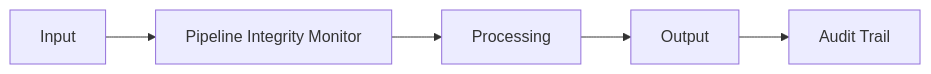
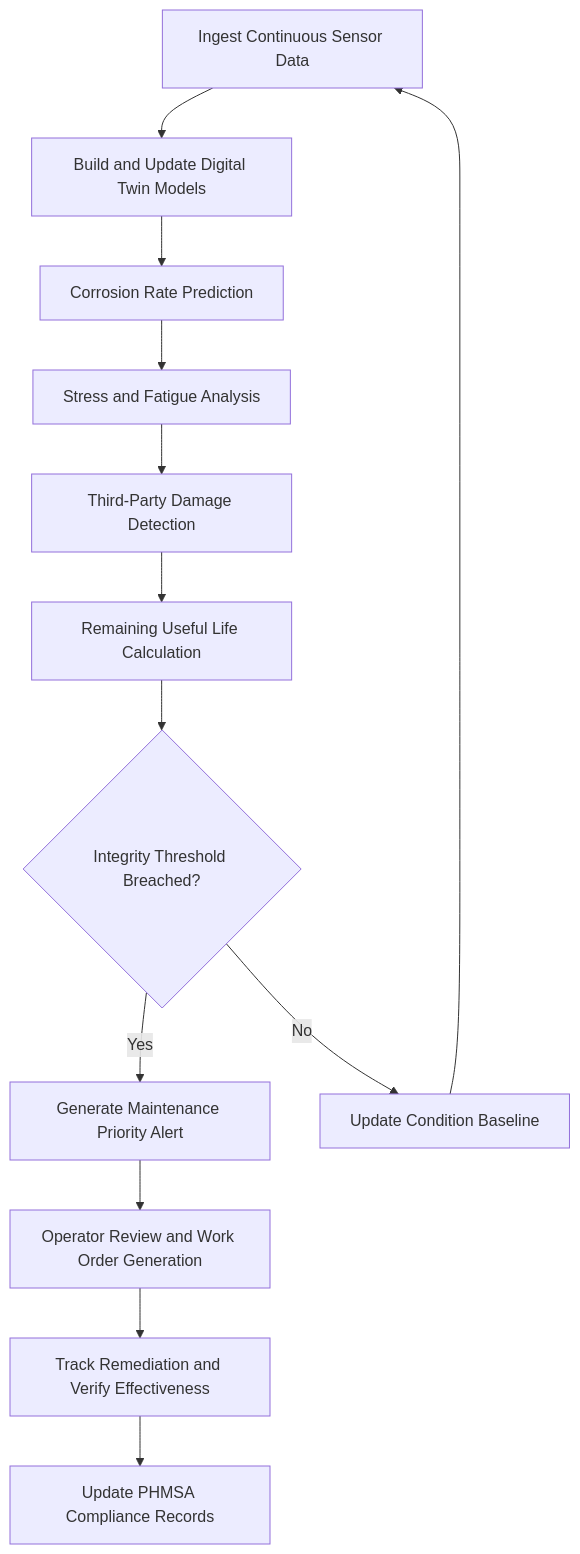
Before and after one commit to andrew-leo-2024/marketplace-docs: the diagram in docs/audiences/03-critical-infrastructure/pipeline-integrity-monitor.mdx, drawn with Mermaid. The commit also changed other lines of this file and 401 other files, not shown here.

````diff
--- a/docs/audiences/03-critical-infrastructure/pipeline-integrity-monitor.mdx
+++ b/docs/audiences/03-critical-infrastructure/pipeline-integrity-monitor.mdx
@@ -29,7 +35,15 @@
 ```mermaid
-graph LR
-    A[Input] --> B[Pipeline Integrity Monitor]
-    B --> C[Processing]
-    C --> D[Output]
-    D --> E[Audit Trail]
+graph TD
+    A[Ingest Continuous Sensor Data] --> B[Build and Update Digital Twin Models]
+    B --> C[Corrosion Rate Prediction]
+    C --> D[Stress and Fatigue Analysis]
+    D --> E[Third-Party Damage Detection]
+    E --> F[Remaining Useful Life Calculation]
+    F --> G{Integrity Threshold Breached?}
+    G -->|Yes| H[Generate Maintenance Priority Alert]
+    G -->|No| I[Update Condition Baseline]
+    H --> J[Operator Review and Work Order Generation]
+    I --> A
+    J --> K[Track Remediation and Verify Effectiveness]
+    K --> L[Update PHMSA Compliance Records]
 ```
````
